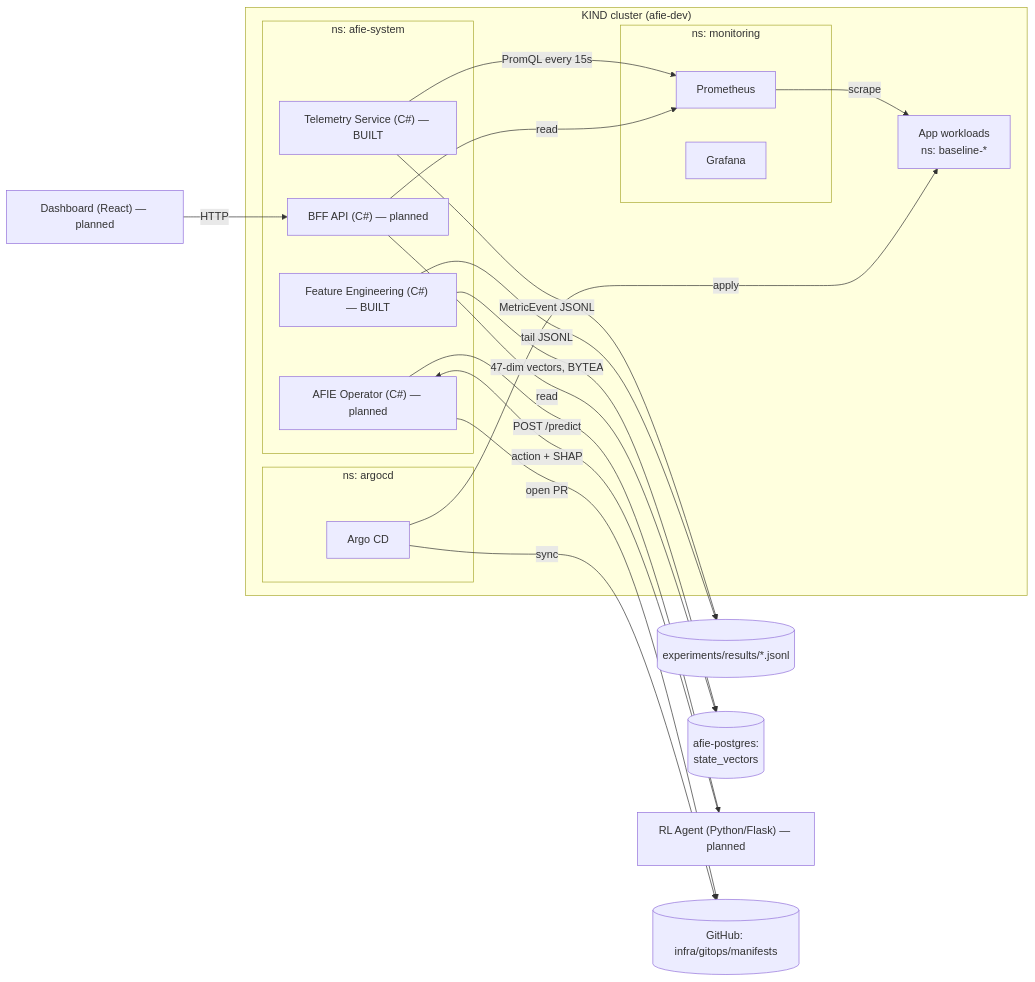
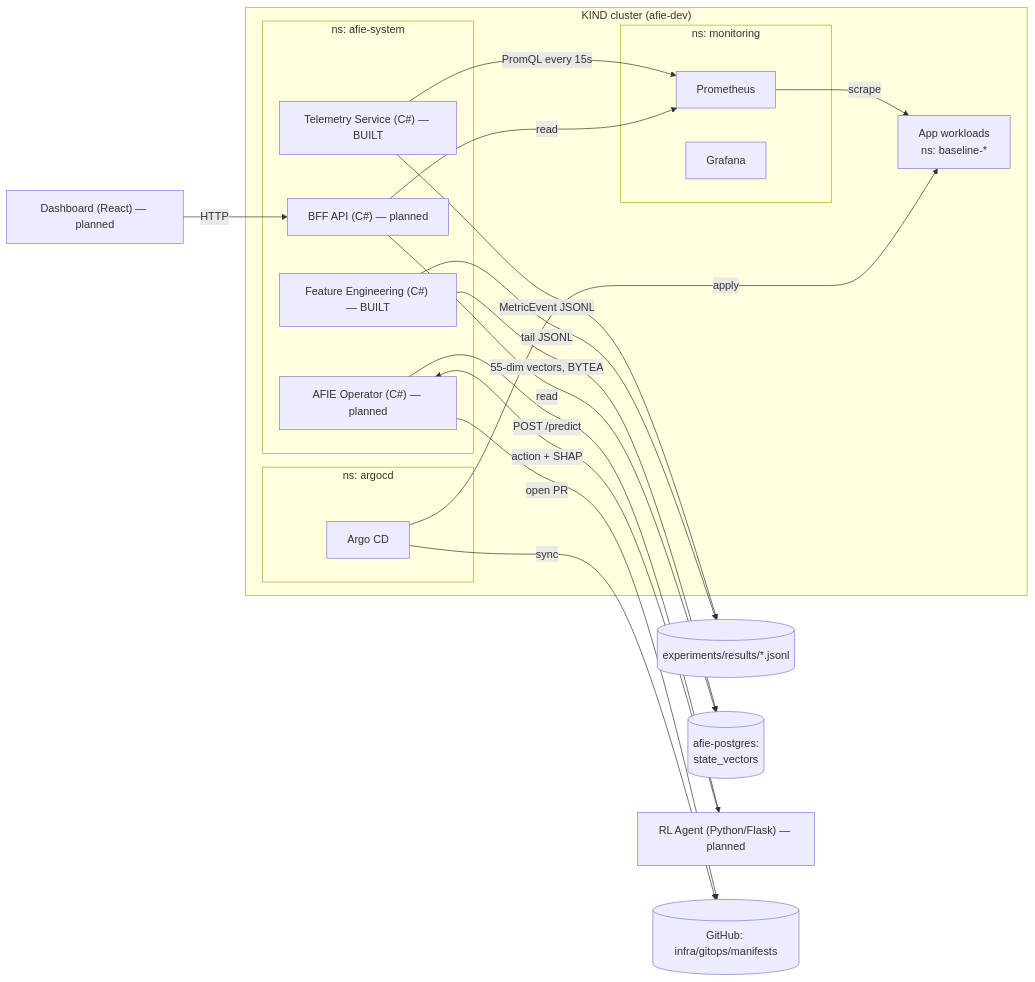
The first of 2 diagrams in docs/architecture.md (ravin00/AFIE), drawn with Mermaid before and after one commit. The commit also changed other lines of this file and 14 other files, not shown here.

````diff
--- a/docs/architecture.md
+++ b/docs/architecture.md
@@ -17,37 +17,37 @@
 ```mermaid
 flowchart LR
     subgraph K8s["KIND cluster (afie-dev)"]
         subgraph MonNS["ns: monitoring"]
             Prom[Prometheus]
             Graf[Grafana]
         end
         subgraph AfieNS["ns: afie-system"]
             Tel["Telemetry Service (C#) — BUILT"]
             Feat["Feature Engineering (C#) — BUILT"]
             Op["AFIE Operator (C#) — planned"]
             BFF["BFF API (C#) — planned"]
         end
         subgraph Argo["ns: argocd"]
             ArgoCD[Argo CD]
         end
         Workloads[App workloads<br/>ns: baseline-*]
     end
 
     Prom -->|scrape| Workloads
     Tel -->|PromQL every 15s| Prom
     Tel -->|MetricEvent JSONL| Sink[(experiments/results/*.jsonl)]
     Feat -->|tail JSONL| Sink
-    Feat -->|47-dim vectors, BYTEA| PG[(afie-postgres:<br/>state_vectors)]
+    Feat -->|55-dim vectors, BYTEA| PG[(afie-postgres:<br/>state_vectors)]
 
     RL["RL Agent (Python/Flask) — planned"]
     Op -->|POST /predict| RL
     RL -->|action + SHAP| Op
     Op -->|open PR| Git[(GitHub: infra/gitops/manifests)]
     ArgoCD -->|sync| Git
     ArgoCD -->|apply| Workloads
 
     Dash["Dashboard (React) — planned"]
     BFF -->|read| PG
     BFF -->|read| Prom
     Dash -->|HTTP| BFF
 ```
````
